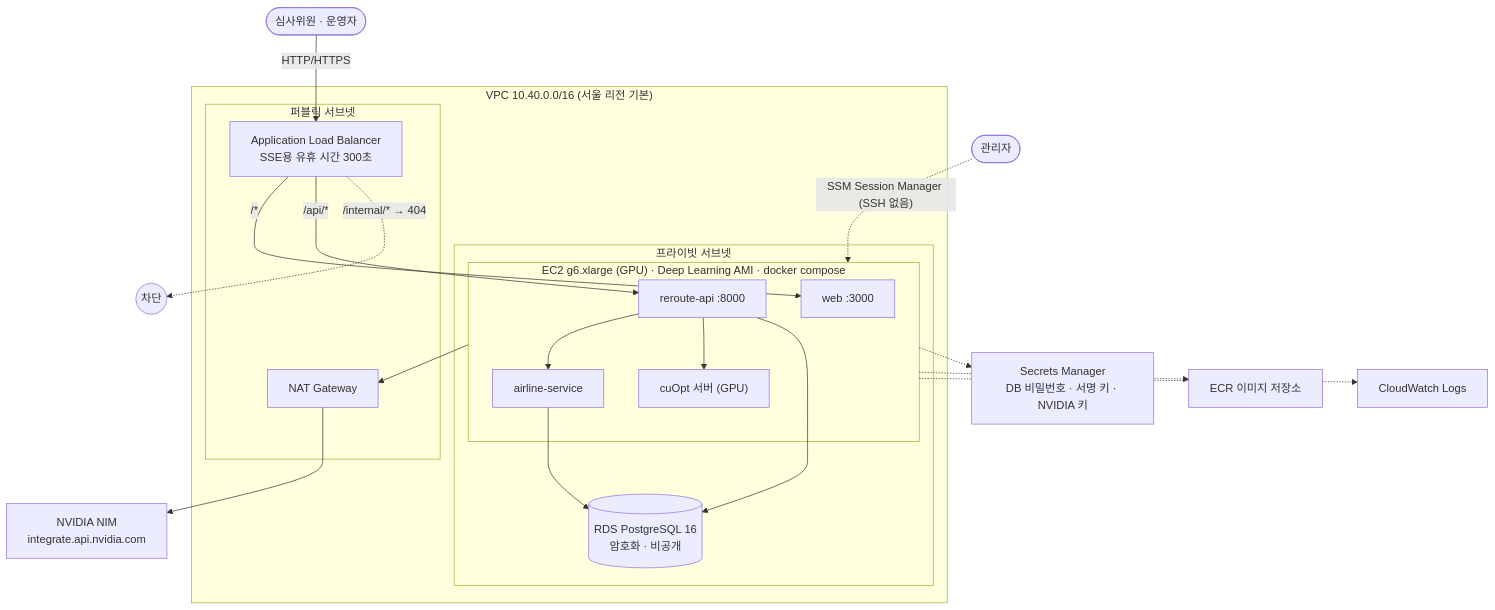
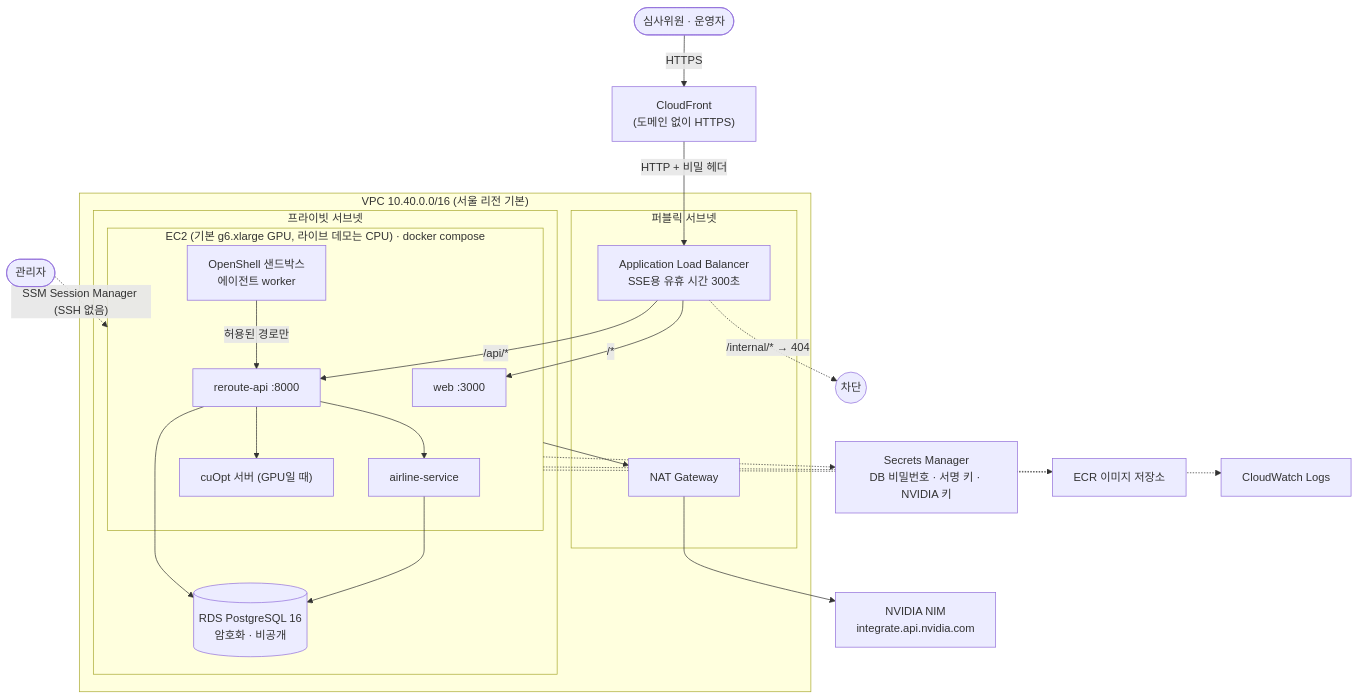
The fourth of 5 diagrams in README.md (hyunolike/reroute-irops-agent), drawn with Mermaid before and after one commit. The commit also changed other lines of this file and 14 other files, not shown here.

First line of the commit message:
README와 대시보드를 현재 배포 상태에 맞게 갱신, 에이전트 실제 샌드박스 표시 (#11)

````diff
--- a/README.md
+++ b/README.md
@@ -242,31 +254,34 @@
 ```mermaid
 flowchart TB
-    user([심사위원 · 운영자]) -->|"HTTP/HTTPS"| alb
+    user([심사위원 · 운영자]) -->|"HTTPS"| cf["CloudFront<br/>(도메인 없이 HTTPS)"]
+    cf -->|"HTTP + 비밀 헤더"| alb
     admin([관리자]) -.->|"SSM Session Manager (SSH 없음)"| ec2
     subgraph vpc["VPC 10.40.0.0/16 (서울 리전 기본)"]
         subgraph pub["퍼블릭 서브넷"]
             alb["Application Load Balancer<br/>SSE용 유휴 시간 300초"]
             nat["NAT Gateway"]
         end
         subgraph priv["프라이빗 서브넷"]
-            subgraph ec2["EC2 g6.xlarge (GPU) · Deep Learning AMI · docker compose"]
+            subgraph ec2["EC2 (기본 g6.xlarge GPU, 라이브 데모는 CPU) · docker compose"]
                 web["web :3000"]
                 api["reroute-api :8000"]
                 air["airline-service"]
-                cu["cuOpt 서버 (GPU)"]
+                cu["cuOpt 서버 (GPU일 때)"]
+                sb["OpenShell 샌드박스<br/>에이전트 worker"]
             end
             rds[("RDS PostgreSQL 16<br/>암호화 · 비공개")]
         end
     end
     alb -->|"/*"| web
     alb -->|"/api/*"| api
     alb -.->|"/internal/* → 404"| blocked(("차단"))
     api --> air
     api --> cu
     api --> rds
     air --> rds
+    sb -->|"허용된 경로만"| api
     ec2 --> nat --> nim["NVIDIA NIM<br/>integrate.api.nvidia.com"]
     ec2 -.-> sm["Secrets Manager<br/>DB 비밀번호 · 서명 키 · NVIDIA 키"]
     ec2 -.-> ecr["ECR 이미지 저장소"]
     ec2 -.-> cw["CloudWatch Logs"]
 ```
````
